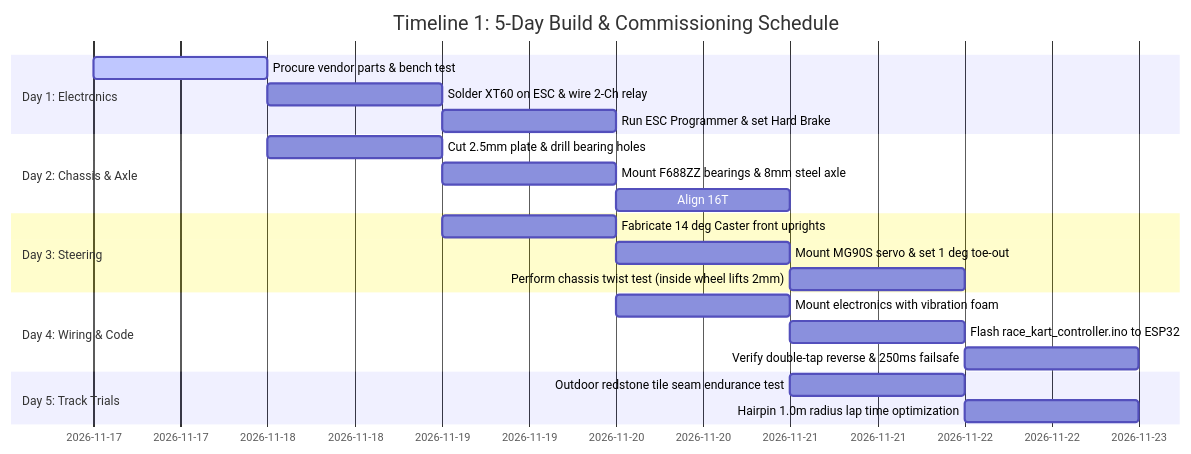
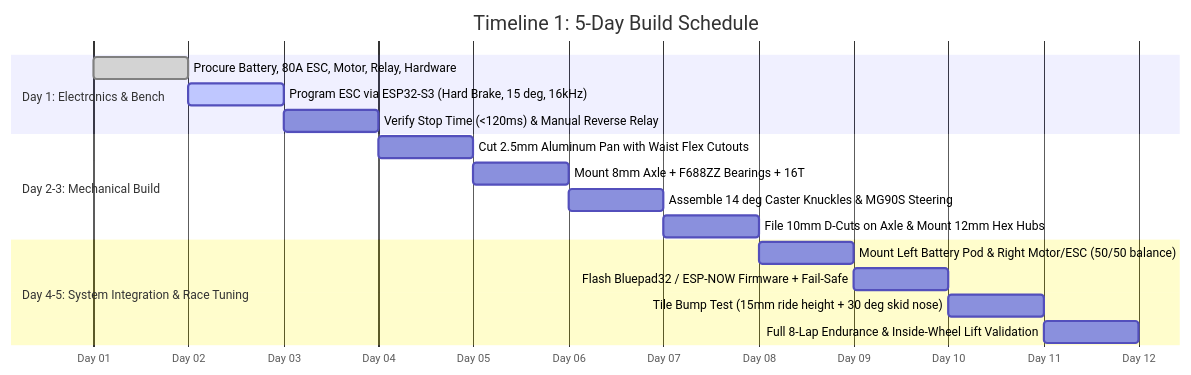
The diagram in docs/TIMELINE_1_RAPID_RACER.md (Biswa717-sudo/rc-race-kart-team-oorja), drawn with Mermaid before and after one commit. The commit also changed other lines of this file and 5 other files, not shown here.

Commit message:
feat: complete exhaustive engineering manuals for all 3 timelines, firmware vector controller, and updated README

````diff
--- a/docs/TIMELINE_1_RAPID_RACER.md
+++ b/docs/TIMELINE_1_RAPID_RACER.md
@@ -201,24 +47,20 @@
 ```mermaid
 gantt
-    title Timeline 1: 5-Day Build & Commissioning Schedule
-    dateFormat  YYYY-MM-DD
-    section Day 1: Electronics
-    Procure vendor parts & bench test :active, d1, 2026-11-17, 1d
-    Solder XT60 on ESC & wire 2-Ch relay :d1_2, after d1, 1d
-    Run ESC Programmer & set Hard Brake :d1_3, after d1_2, 1d
-    section Day 2: Chassis & Axle
-    Cut 2.5mm plate & drill bearing holes :d2, 2026-11-18, 1d
-    Mount F688ZZ bearings & 8mm steel axle :d2_2, after d2, 1d
-    Align 16T:64T GT2 belt & lock grub screws :d2_3, after d2_2, 1d
-    section Day 3: Steering
-    Fabricate 14 deg Caster front uprights :d3, 2026-11-19, 1d
-    Mount MG90S servo & set 1 deg toe-out :d3_2, after d3, 1d
-    Perform chassis twist test (inside wheel lifts 2mm) :d3_3, after d3_2, 1d
-    section Day 4: Wiring & Code
-    Mount electronics with vibration foam :d4, 2026-11-20, 1d
-    Flash race_kart_controller.ino to ESP32 :d4_2, after d4, 1d
-    Verify double-tap reverse & 250ms failsafe :d4_3, after d4_2, 1d
-    section Day 5: Track Trials
-    Outdoor redstone tile seam endurance test :d5, 2026-11-21, 1d
-    Hairpin 1.0m radius lap time optimization :d5_2, after d5, 1d
+    title Timeline 1: 5-Day Build Schedule
+    dateFormat  D
+    axisFormat Day %d
+    section Day 1: Electronics & Bench
+    Procure Battery, 80A ESC, Motor, Relay, Hardware :done, d1_1, 1, 1d
+    Program ESC via ESP32-S3 (Hard Brake, 15 deg, 16kHz) :active, d1_2, after d1_1, 1d
+    Verify Stop Time (<120ms) & Manual Reverse Relay :d1_3, after d1_2, 1d
+    section Day 2-3: Mechanical Build
+    Cut 2.5mm Aluminum Pan with Waist Flex Cutouts :d2_1, after d1_3, 1d
+    Mount 8mm Axle + F688ZZ Bearings + 16T:64T Belt :d2_2, after d2_1, 1d
+    Assemble 14 deg Caster Knuckles & MG90S Steering :d2_3, after d2_2, 1d
+    File 10mm D-Cuts on Axle & Mount 12mm Hex Hubs :d2_4, after d2_3, 1d
+    section Day 4-5: System Integration & Race Tuning
+    Mount Left Battery Pod & Right Motor/ESC (50/50 balance) :d3_1, after d2_4, 1d
+    Flash Bluepad32 / ESP-NOW Firmware + Fail-Safe :d3_2, after d3_1, 1d
+    Tile Bump Test (15mm ride height + 30 deg skid nose) :d3_3, after d3_2, 1d
+    Full 8-Lap Endurance & Inside-Wheel Lift Validation :d3_4, after d3_3, 1d
 ```
````
